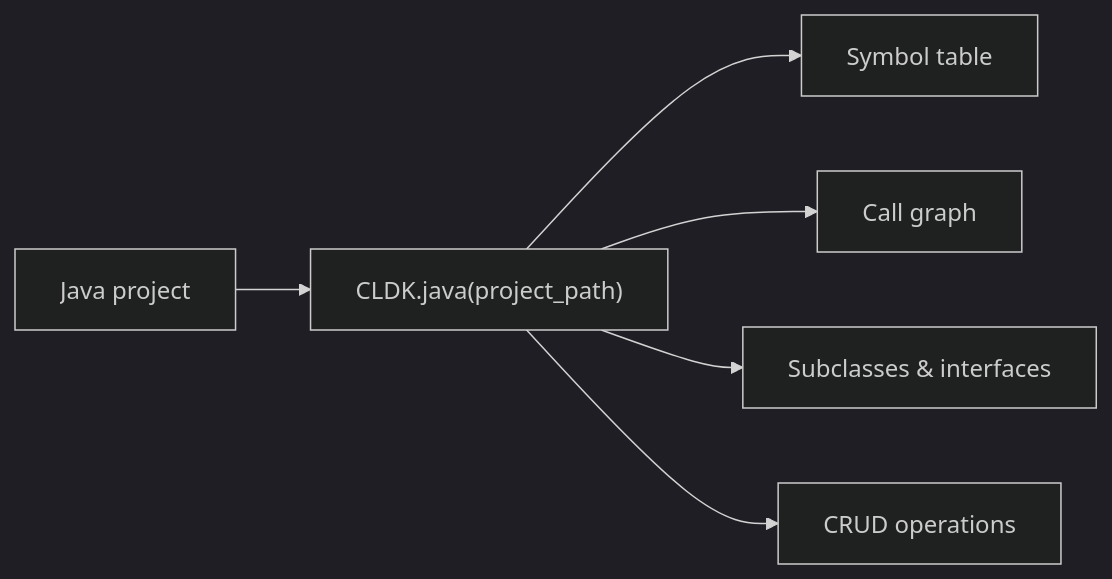
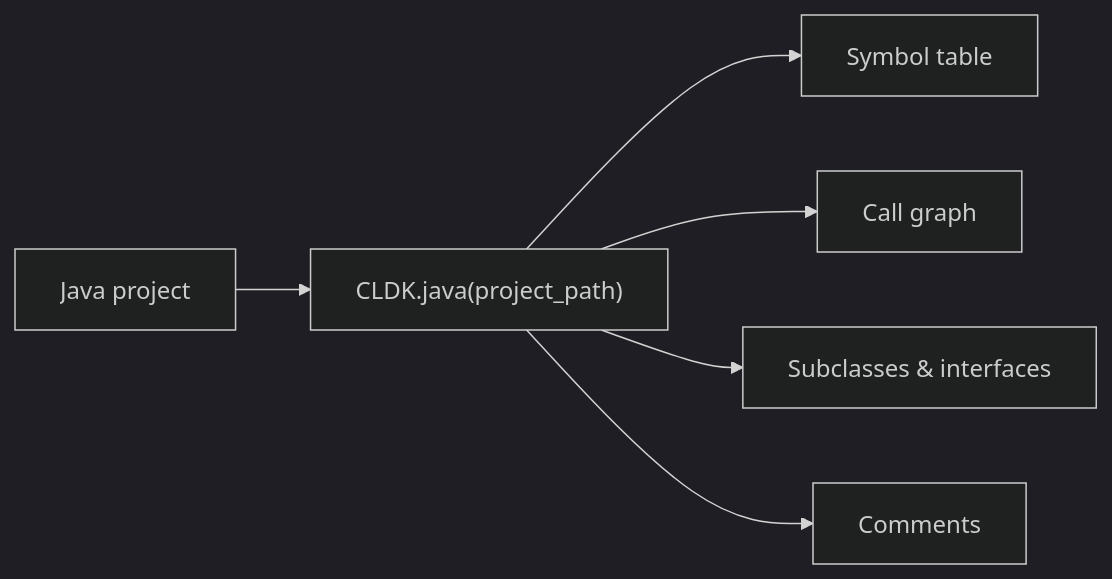
One commit to codellm-devkit/docs changed the diagram in src/content/docs/reference/python-api/java.md. Above: the diagram before and after it, drawn with Mermaid (dark theme). The commit also changed other lines of this file and 4 other files, not shown here.

````diff
--- a/src/content/docs/reference/python-api/java.md
+++ b/src/content/docs/reference/python-api/java.md
@@ -18,8 +19,8 @@
 ```mermaid
 flowchart LR
     P[Java project] --> A["CLDK.java(project_path)"]
     A --> S[Symbol table]
     A --> CG[Call graph]
     A --> H[Subclasses & interfaces]
-    A --> CR[CRUD operations]
+    A --> CM[Comments]
 ```
````
